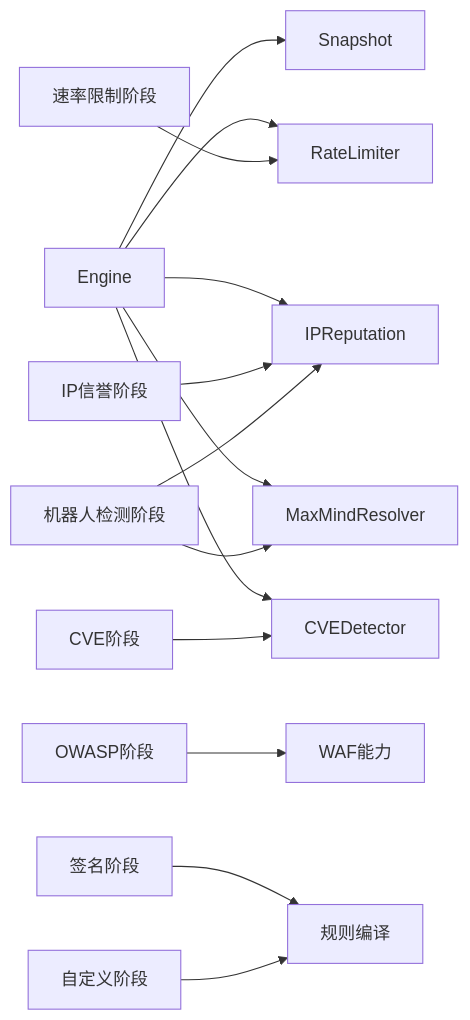
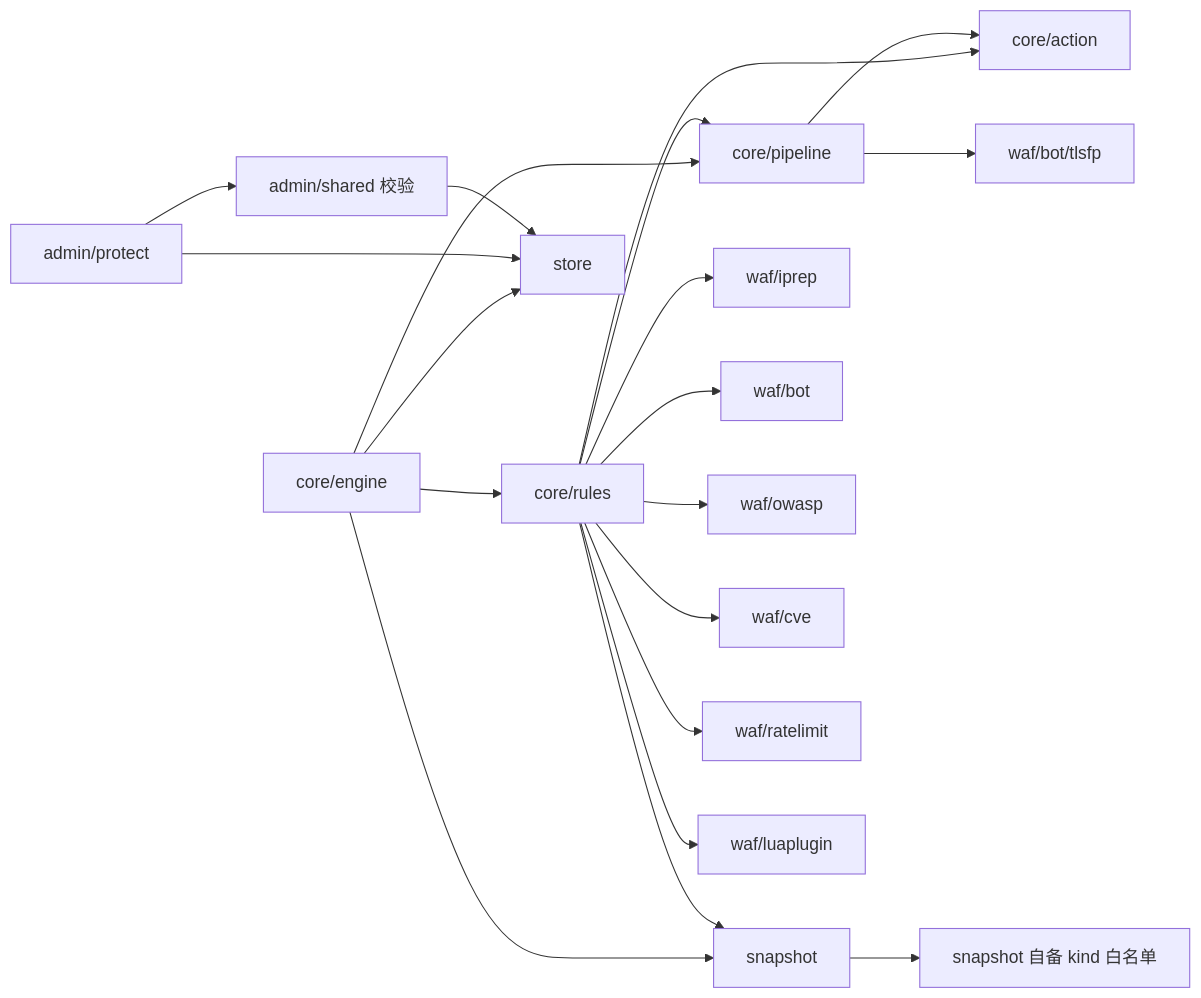
Before and after one commit to x01n/My-OpenWaf: the seventh of 8 diagrams in docs/扩展与插件系统/规则引擎扩展/执行阶段系统.md, drawn with Mermaid. The commit also changed other lines of this file and 622 other files, not shown here.

````diff
--- a/docs/扩展与插件系统/规则引擎扩展/执行阶段系统.md
+++ b/docs/扩展与插件系统/规则引擎扩展/执行阶段系统.md
@@ -305,16 +621,22 @@
 ```mermaid
 graph LR
-ENGINE["Engine"] --> SNAPSHOT["Snapshot"]
-ENGINE --> RL["RateLimiter"]
-ENGINE --> IPREP["IPReputation"]
-ENGINE --> GEO["MaxMindResolver"]
-ENGINE --> CVE["CVEDetector"]
-PH_IPREP["IP信誉阶段"] --> IPREP
-PH_RL["速率限制阶段"] --> RL
-PH_BOT["机器人检测阶段"] --> GEO
-PH_BOT --> IPREP
-PH_OWASP["OWASP阶段"] --> WAF["WAF能力"]
-PH_CVE["CVE阶段"] --> CVE
-PH_SIG["签名阶段"] --> RULES["规则编译"]
-PH_CUSTOM["自定义阶段"] --> RULES
+ENGINE["core/engine"] --> RULES["core/rules"]
+ENGINE --> PIPE["core/pipeline"]
+ENGINE --> STORE["store"]
+ENGINE --> SNAP["snapshot"]
+RULES --> PIPE
+RULES --> ACTION["core/action"]
+RULES --> SNAP
+RULES --> IPREP["waf/iprep"]
+RULES --> BOT["waf/bot"]
+RULES --> OWASP["waf/owasp"]
+RULES --> CVE["waf/cve"]
+RULES --> RL["waf/ratelimit"]
+RULES --> LUA["waf/luaplugin"]
+PIPE --> ACTION
+PIPE --> TLSFP["waf/bot/tlsfp"]
+SNAP --> RULES2["snapshot 自备 kind 白名单"]
+ADMIN["admin/protect"] --> STORE
+ADMIN --> SHARED["admin/shared 校验"]
+SHARED --> STORE
 ```
````
